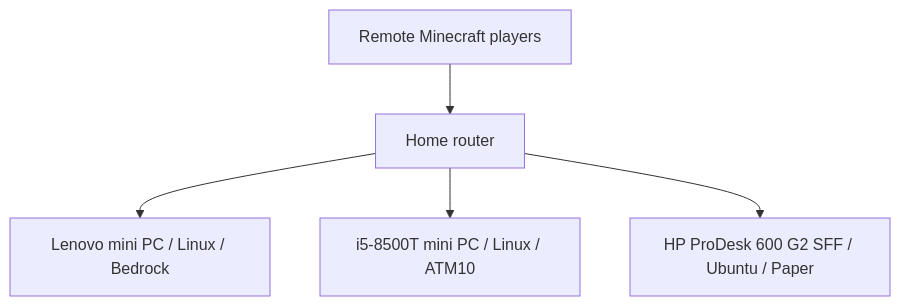
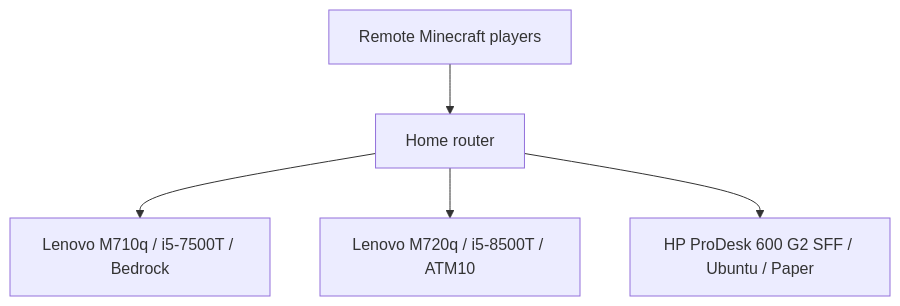
The diagram in README.md (robcorbisiero/minecraft-server-infrastructure), drawn with Mermaid before and after one commit. The commit also changed other lines of this file and 6 other files, not shown here.

````diff
--- a/README.md
+++ b/README.md
@@ -17,7 +17,7 @@
 ```mermaid
 flowchart TD
     Players[Remote Minecraft players] --> Router[Home router]
-    Router --> Bedrock[Lenovo mini PC / Linux / Bedrock]
-    Router --> ATM10[i5-8500T mini PC / Linux / ATM10]
+    Router --> Bedrock[Lenovo M710q / i5-7500T / Bedrock]
+    Router --> ATM10[Lenovo M720q / i5-8500T / ATM10]
     Router --> Paper[HP ProDesk 600 G2 SFF / Ubuntu / Paper]
 ```
````
